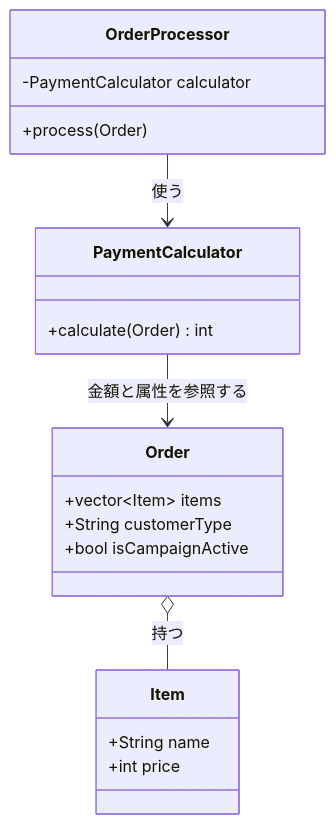
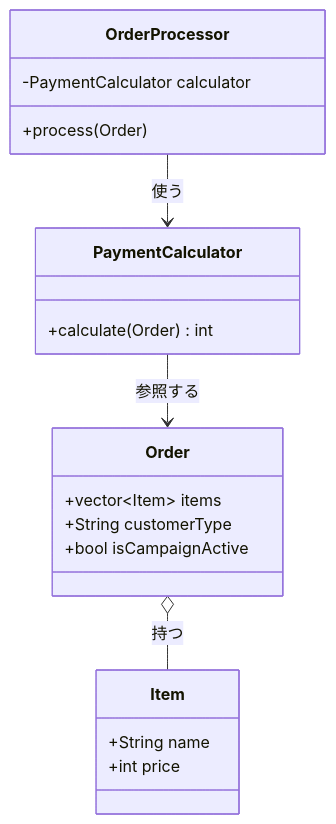
The first of 4 diagrams in kindle/design-patterns/output/chapter01.md (kumachan1101-pixel/DesignPattern), drawn with Mermaid before and after one commit. The commit also changed other lines of this file and 2 other files, not shown here.

````diff
--- a/kindle/design-patterns/output/chapter01.md
+++ b/kindle/design-patterns/output/chapter01.md
@@ -68,24 +168,23 @@
 ```mermaid
 classDiagram
     class OrderProcessor {
         -PaymentCalculator calculator
         +process(Order)
     }
     class PaymentCalculator {
         +calculate(Order) int
     }
     class Order {
         +vector~Item~ items
         +String customerType
         +bool isCampaignActive
     }
     class Item {
         +String name
         +int price
     }
-    
+
     OrderProcessor --> PaymentCalculator : 使う
-    PaymentCalculator --> Order : 金額と属性を参照する
+    PaymentCalculator --> Order : 参照する
     Order o-- Item : 持つ
-
 ```
````
